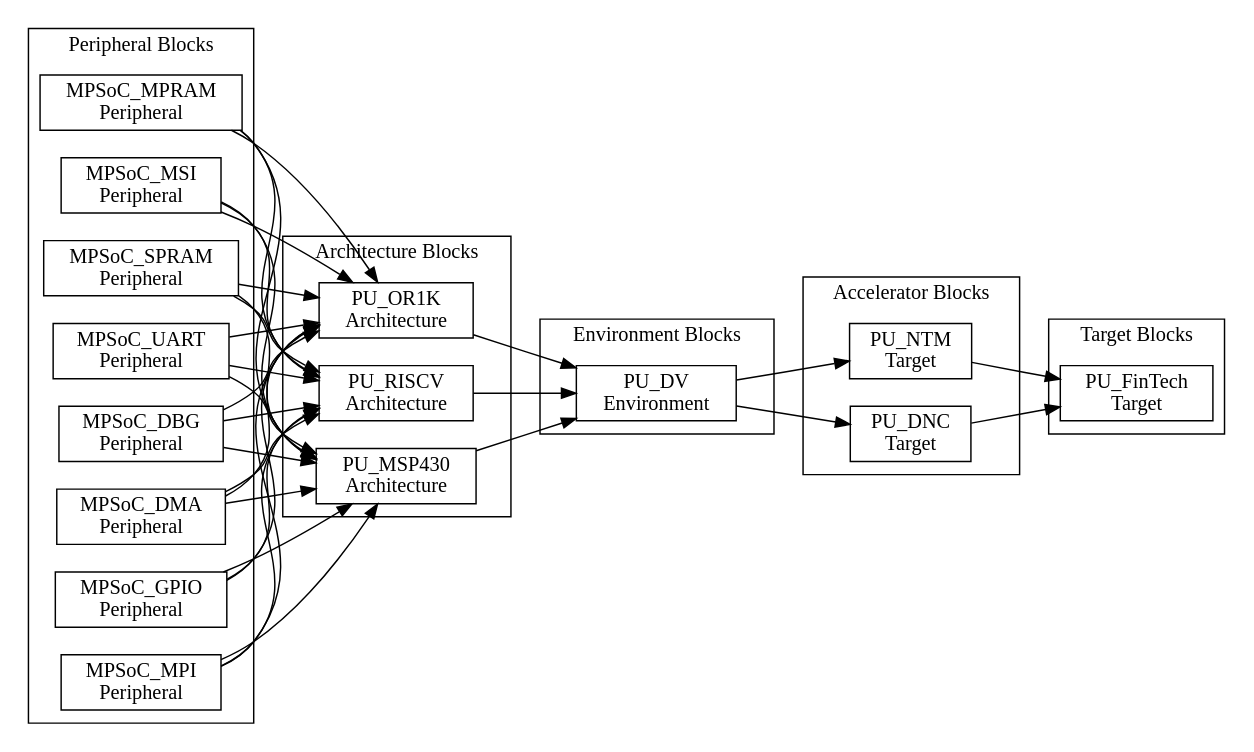
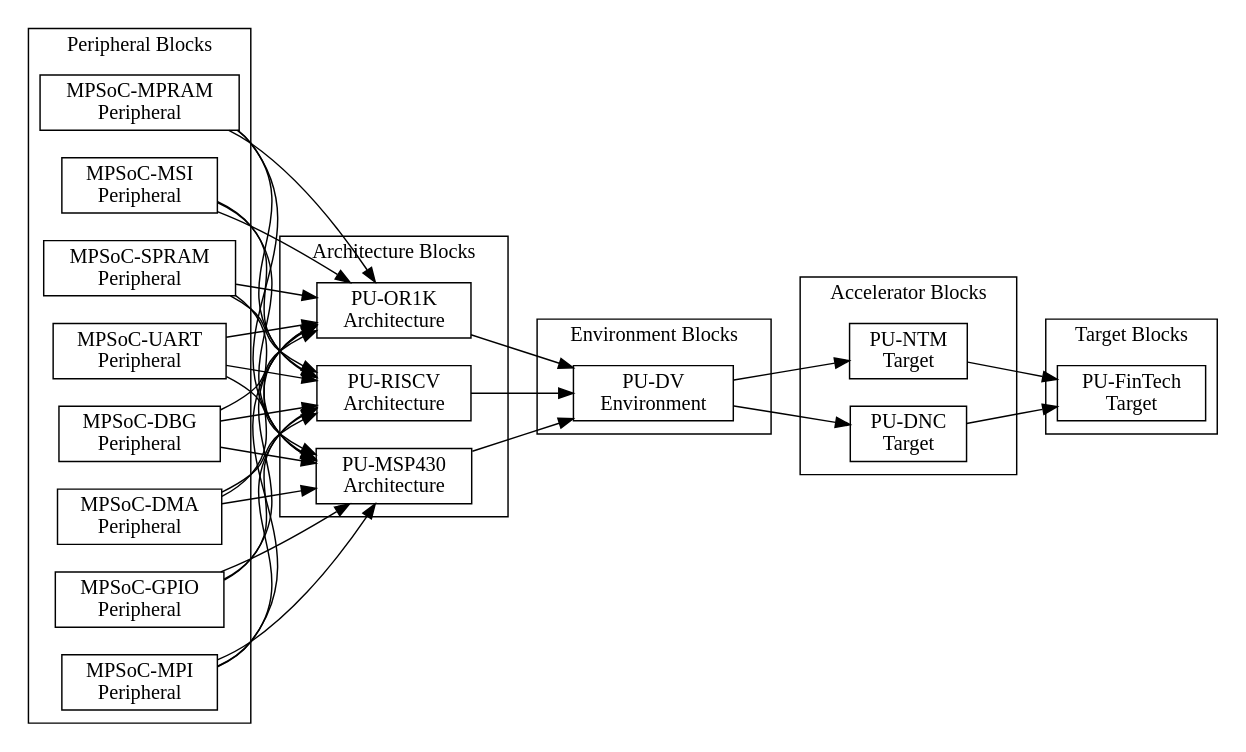
One commit to PacoReinaCampo/SoC-RTOS changed the diagram in doc/book/assets/chapter3/dependences-pu-fintech.dot. Above: the diagram before and after it, drawn with Graphviz. The commit also changed 57 other files, not shown here.

```diff
--- a/doc/book/assets/chapter3/dependences-pu-fintech.dot
+++ b/doc/book/assets/chapter3/dependences-pu-fintech.dot
@@ -1,80 +1,80 @@
 digraph Project {
   // Introduction
   graph [rankdir = LR];
   node[shape=record];
 
   // Peripheral Blocks
   subgraph "cluster PeripheralBlocks" { label = "Peripheral Blocks";
-    MPSoC_DBG[label="MPSoC_DBG \nPeripheral"];
-    MPSoC_DMA[label="MPSoC_DMA \nPeripheral"];
-    MPSoC_GPIO[label="MPSoC_GPIO \nPeripheral"];
-    MPSoC_MPI[label="MPSoC_MPI \nPeripheral"];
-    MPSoC_MPRAM[label="MPSoC_MPRAM \nPeripheral"];
-    MPSoC_MSI[label="MPSoC_MSI \nPeripheral"];
-    MPSoC_SPRAM[label="MPSoC_SPRAM \nPeripheral"];
-    MPSoC_UART[label="MPSoC_UART \nPeripheral"];
+    MPSoC_DBG[label="MPSoC-DBG \nPeripheral"];
+    MPSoC_DMA[label="MPSoC-DMA \nPeripheral"];
+    MPSoC_GPIO[label="MPSoC-GPIO \nPeripheral"];
+    MPSoC_MPI[label="MPSoC-MPI \nPeripheral"];
+    MPSoC_MPRAM[label="MPSoC-MPRAM \nPeripheral"];
+    MPSoC_MSI[label="MPSoC-MSI \nPeripheral"];
+    MPSoC_SPRAM[label="MPSoC-SPRAM \nPeripheral"];
+    MPSoC_UART[label="MPSoC-UART \nPeripheral"];
   }
 
   // Architecture Blocks
   subgraph "cluster ArchitectureBlocks" { label = "Architecture Blocks";
-    PU_MSP430[label="PU_MSP430 \nArchitecture"];
-    PU_OR1K[label="PU_OR1K \nArchitecture"];
-    PU_RISCV[label="PU_RISCV \nArchitecture"];
+    PU_MSP430[label="PU-MSP430 \nArchitecture"];
+    PU_OR1K[label="PU-OR1K \nArchitecture"];
+    PU_RISCV[label="PU-RISCV \nArchitecture"];
   }
 
   // Environment Blocks
   subgraph "cluster EnvironmentBlocks" { label = "Environment Blocks";
-    PU_DV[label="PU_DV \nEnvironment"];
+    PU_DV[label="PU-DV \nEnvironment"];
   }
 
   // Accelerator Blocks
   subgraph "cluster AcceleratorBlocks" { label = "Accelerator Blocks";
-    PU_NTM[label="PU_NTM \nTarget"];
-    PU_DNC[label="PU_DNC \nTarget"];
+    PU_NTM[label="PU-NTM \nTarget"];
+    PU_DNC[label="PU-DNC \nTarget"];
   }
 
   // Target Blocks
   subgraph "cluster TargetBlocks" { label = "Target Blocks";
-    PU_FinTech[label="PU_FinTech \nTarget"];
+    PU_FinTech[label="PU-FinTech \nTarget"];
   }
 
   MPSoC_DBG -> PU_MSP430;
   MPSoC_DMA -> PU_MSP430;
   MPSoC_GPIO -> PU_MSP430;
   MPSoC_MPI -> PU_MSP430;
   MPSoC_MPRAM -> PU_MSP430;
   MPSoC_MSI -> PU_MSP430;
   MPSoC_SPRAM -> PU_MSP430;
   MPSoC_UART -> PU_MSP430;
 
   MPSoC_DBG -> PU_OR1K;
   MPSoC_DMA -> PU_OR1K;
   MPSoC_GPIO -> PU_OR1K;
   MPSoC_MPI -> PU_OR1K;
   MPSoC_MPRAM -> PU_OR1K;
   MPSoC_MSI -> PU_OR1K;
   MPSoC_SPRAM -> PU_OR1K;
   MPSoC_UART -> PU_OR1K;
 
   MPSoC_DBG -> PU_RISCV;
   MPSoC_DMA -> PU_RISCV;
   MPSoC_GPIO -> PU_RISCV;
   MPSoC_MPI -> PU_RISCV;
   MPSoC_MPRAM -> PU_RISCV;
   MPSoC_MSI -> PU_RISCV;
   MPSoC_SPRAM -> PU_RISCV;
   MPSoC_UART -> PU_RISCV;
 
   // Architecture -> Environment
   PU_MSP430 -> PU_DV;
   PU_OR1K -> PU_DV;
   PU_RISCV -> PU_DV;
 
   // Environment -> Accelerator
   PU_DV -> PU_NTM;
   PU_DV -> PU_DNC;
 
   // Accelerator -> Target
   PU_NTM -> PU_FinTech;
   PU_DNC -> PU_FinTech;
 }
```
